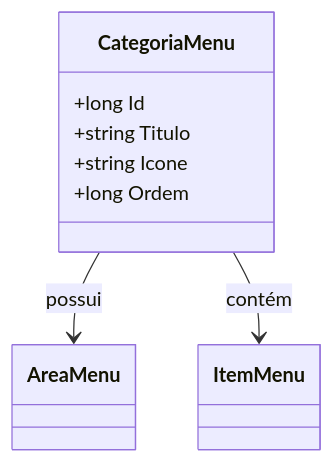
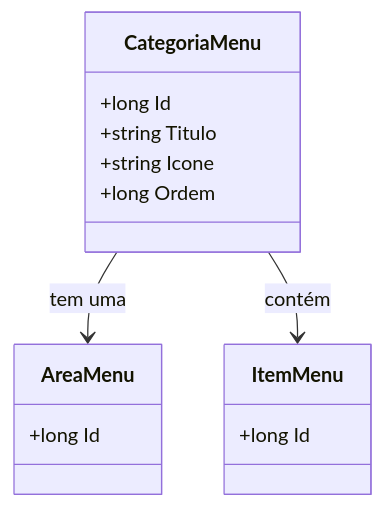
The diagram in docs/b2b-dominio/IsthmusWinthor.Nucleo/IsthmusWinthor.Dominio/Entidades/CategoriaMenu.md (IsthmusSistemas/documentacao-tecnica), drawn with Mermaid before and after one commit. The commit also changed other lines of this file and 882 other files, not shown here.

````diff
--- a/docs/b2b-dominio/IsthmusWinthor.Nucleo/IsthmusWinthor.Dominio/Entidades/CategoriaMenu.md
+++ b/docs/b2b-dominio/IsthmusWinthor.Nucleo/IsthmusWinthor.Dominio/Entidades/CategoriaMenu.md
@@ -23,14 +22,20 @@
 ```mermaid
 classDiagram
     class CategoriaMenu {
         +long Id
         +string Titulo
         +string Icone
         +long Ordem
     }
-    class AreaMenu
-    class ItemMenu
+    
+    class AreaMenu {
+        +long Id
+    }
+    
+    class ItemMenu {
+        +long Id
+    }
 
-    CategoriaMenu --> AreaMenu : possui
+    CategoriaMenu --> AreaMenu : tem uma
     CategoriaMenu --> ItemMenu : contém
 ```
````
